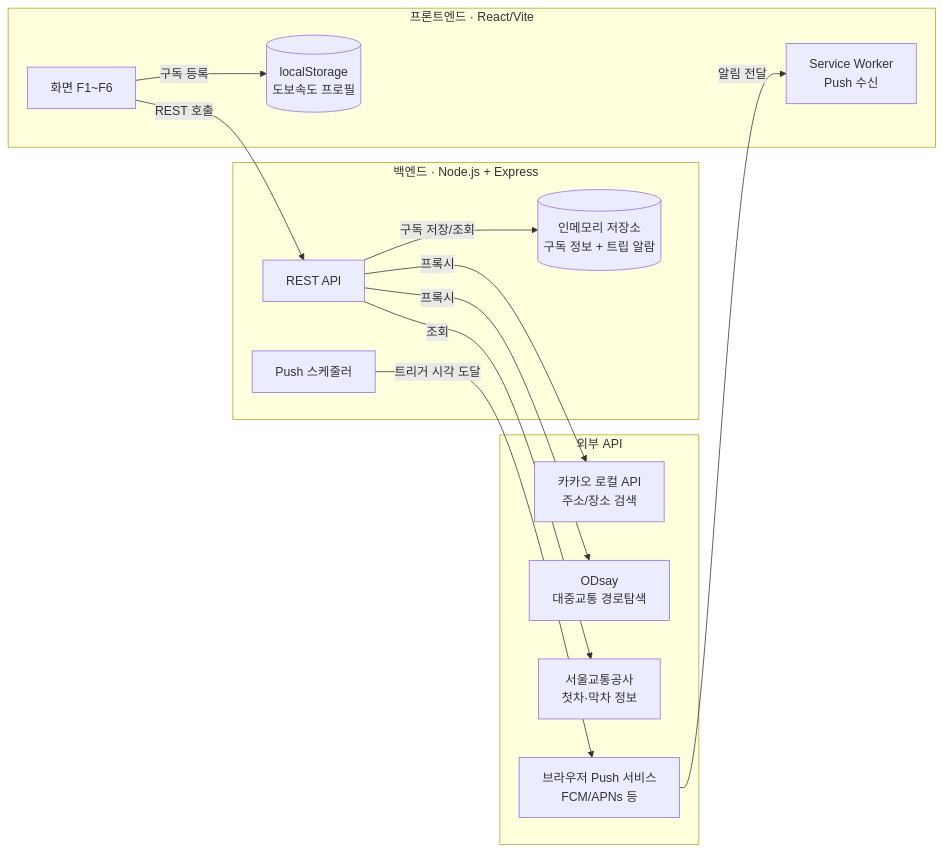
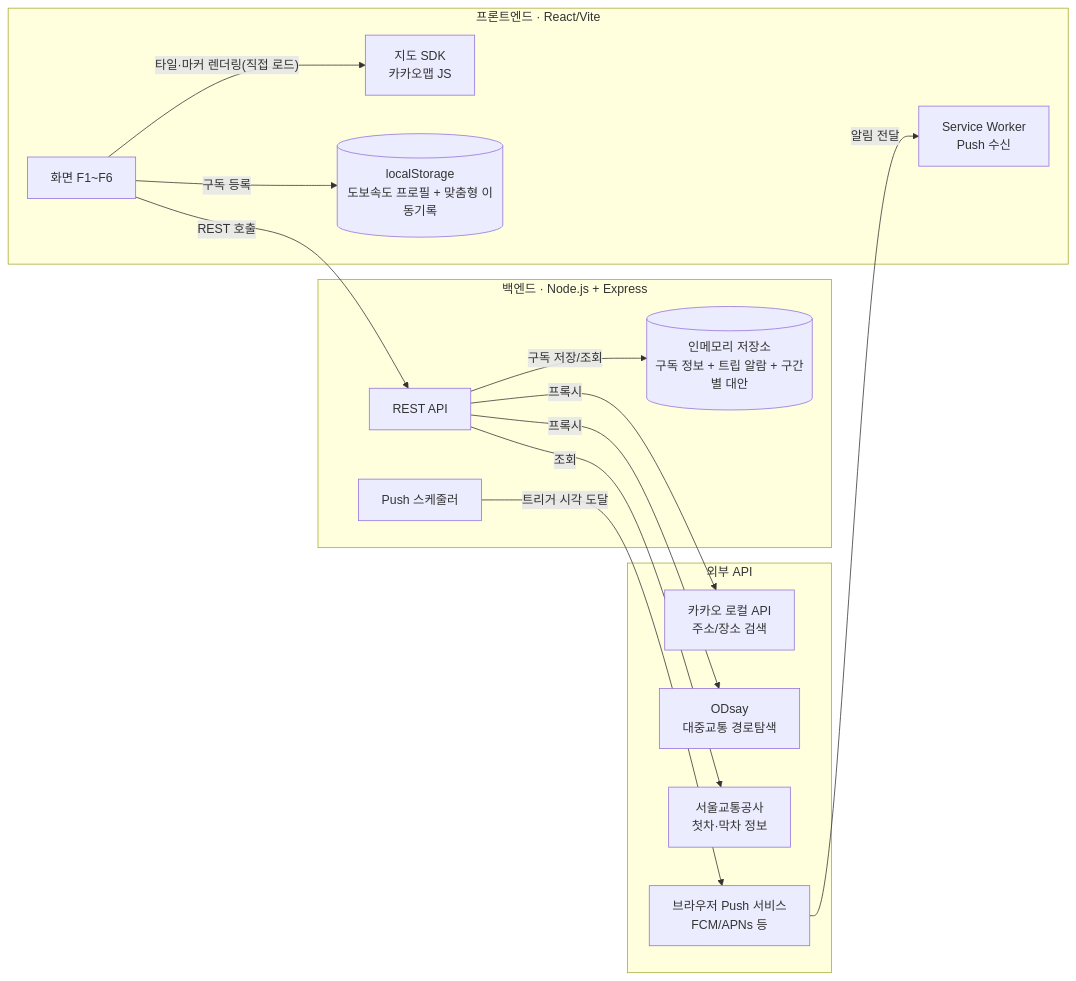
The second of 2 diagrams in docs/PRD_Newbiton.md (a01067471329-png/NewbitTon), drawn with Mermaid before and after one commit. The commit also changed other lines of this file, not shown here.

First line of the commit message:
docs: PRD v2 반영 (걸음속도 맞춤형, F2 지도 UI, 구간별 놓치면 인라인, 경로 일치 전제)

````diff
--- a/docs/PRD_Newbiton.md
+++ b/docs/PRD_Newbiton.md
@@ -155,28 +177,30 @@
 ```mermaid
 flowchart LR
     subgraph Client [프론트엔드 · React/Vite]
         UI[화면 F1~F6]
+        MAP[지도 SDK\n카카오맵 JS]
         SW[Service Worker\nPush 수신]
-        LS[(localStorage\n도보속도 프로필)]
+        LS[(localStorage\n도보속도 프로필 + 맞춤형 이동기록)]
     end
     subgraph Server [백엔드 · Node.js + Express]
         API[REST API]
         SCHED[Push 스케줄러]
-        MEM[(인메모리 저장소\n구독 정보 + 트립 알람)]
+        MEM[(인메모리 저장소\n구독 정보 + 트립 알람 + 구간별 대안)]
     end
     subgraph External [외부 API]
         GEO[카카오 로컬 API\n주소/장소 검색]
         ODSAY[ODsay\n대중교통 경로탐색]
         SUBWAY[서울교통공사\n첫차·막차 정보]
         PUSHSVC[브라우저 Push 서비스\nFCM/APNs 등]
     end
 
     UI -- REST 호출 --> API
+    UI -- 타일·마커 렌더링(직접 로드) --> MAP
     API -- 프록시 --> GEO
     API -- 프록시 --> ODSAY
     API -- 조회 --> SUBWAY
     API -- 구독 저장/조회 --> MEM
     SCHED -- 트리거 시각 도달 --> PUSHSVC
     PUSHSVC -- 알림 전달 --> SW
     UI -- 구독 등록 --> LS
 ```
````
